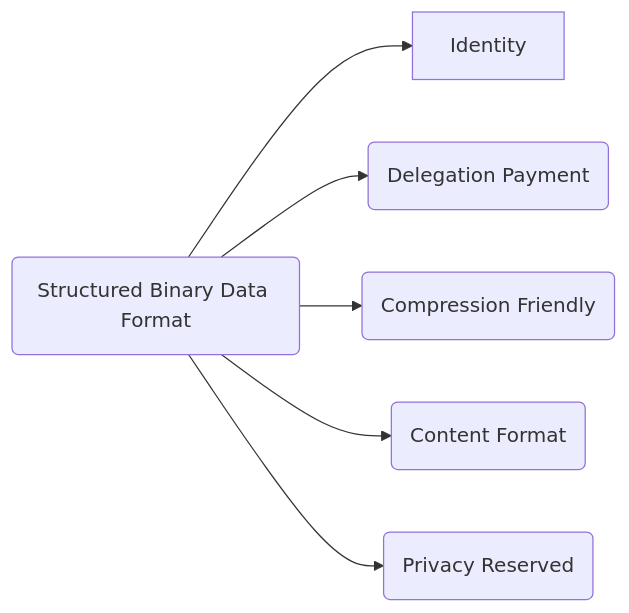
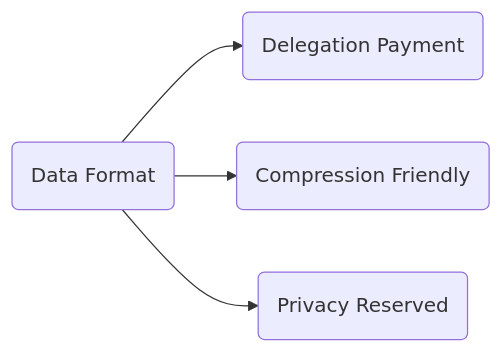
One commit to dbpunk-labs/DIPs changed the first of 3 diagrams in dips/dip-000.md. Above: the diagram before and after it, drawn with Mermaid. The commit also changed other lines of this file and 1 other file, not shown here.

````diff
--- a/dips/dip-000.md
+++ b/dips/dip-000.md
@@ -5,8 +9,6 @@
 ```mermaid
 flowchart LR
-    sbf(Structured Binary Data Format) --> Identity
-    sbf --> dp(Delegation Payment)
+    sbf(Data Format) --> dp(Delegation Payment)
     sbf --> cf(Compression Friendly)
-    sbf --> ctf(Content Format)
     sbf --> pr(Privacy Reserved)
 ```
````
